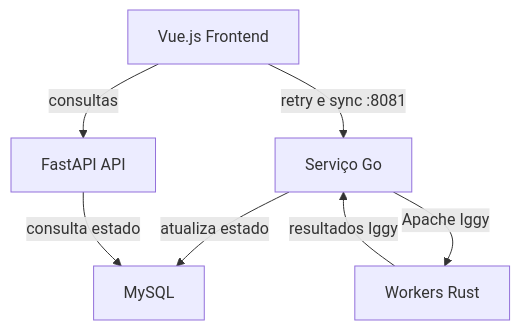
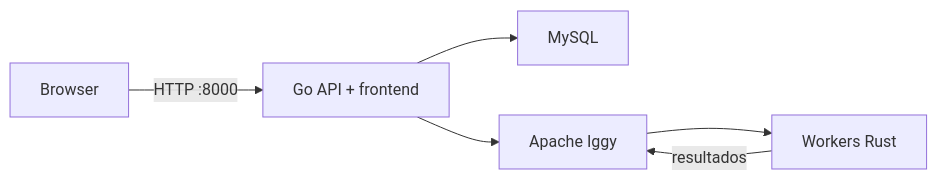
One commit to DadosAbertosBH/ckan-ingestor changed the diagram in ingestor_orchestrator/README.md. Above: the diagram before and after it, drawn with Mermaid. The commit also changed other lines of this file and 125 other files, not shown here.

````diff
--- a/ingestor_orchestrator/README.md
+++ b/ingestor_orchestrator/README.md
@@ -9,9 +8,8 @@
 ```mermaid
-graph TD
-    A[Vue.js Frontend]:::accent0 -->|consultas| B[FastAPI API]:::accent1
-    A -->|retry e sync :8081| C[Serviço Go]:::accent2
-    C -->|Apache Iggy| D[Workers Rust]:::accent3
-    D -->|resultados Iggy| C
-    C -->|atualiza estado| G[MySQL]:::accent6
-    B -->|consulta estado| G
+graph LR
+    A[Browser] -->|HTTP :8000| B[Go API + frontend]
+    B --> C[MySQL]
+    B --> D[Apache Iggy]
+    D --> E[Workers Rust]
+    E -->|resultados| D
 ```
````
